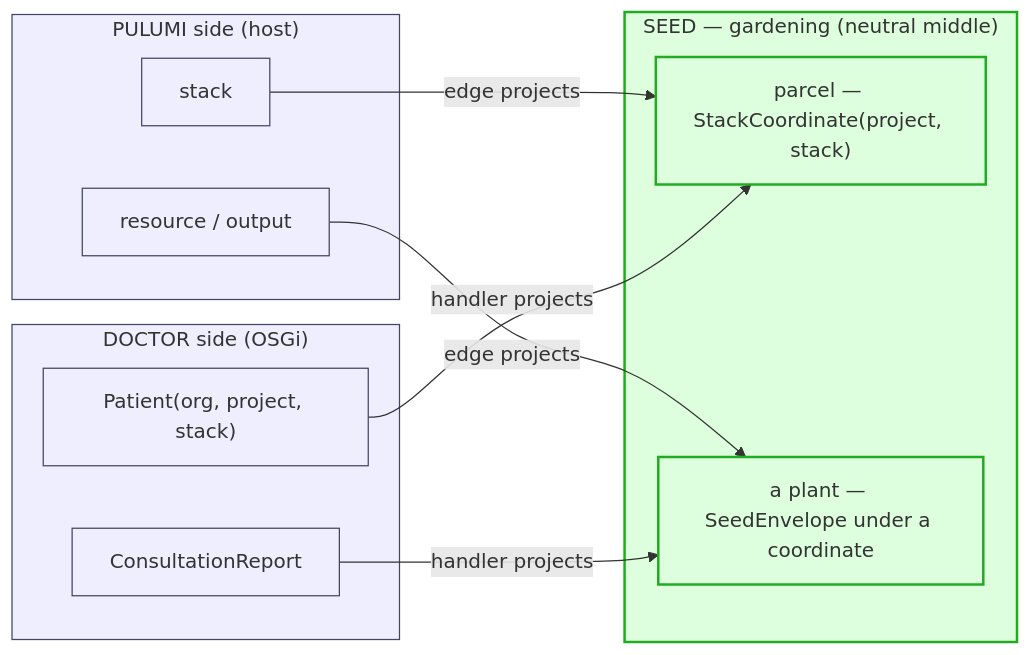
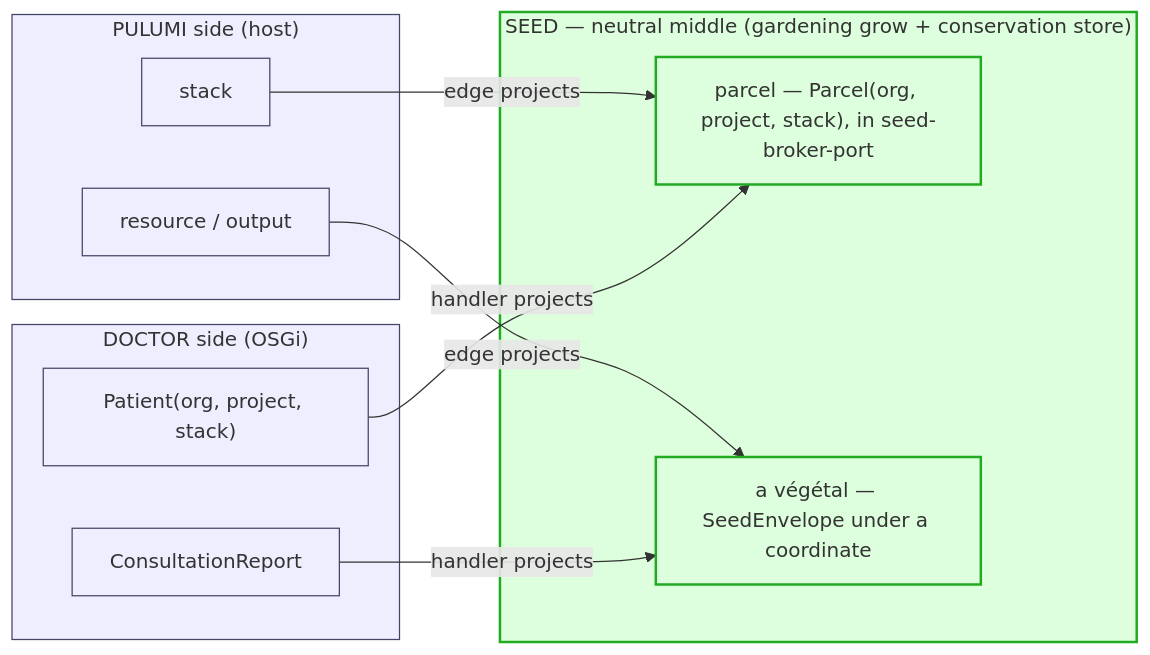
One commit to nxmatic/rke2lab changed the tenth of 12 diagrams in docs/architecture/osgi/seed-broker-spec.adoc. Above: the diagram before and after it, drawn with Mermaid. The commit also changed other lines of this file and 10 other files, not shown here.

```diff
--- a/docs/architecture/osgi/seed-broker-spec.adoc
+++ b/docs/architecture/osgi/seed-broker-spec.adoc
@@ -673,25 +674,25 @@
 [mermaid]
 ....
 flowchart LR
   subgraph pulumi["PULUMI side (host)"]
     p1["stack"]
     p3["resource / output"]
   end
-  subgraph seed["SEED — gardening (neutral middle)"]
-    s1["parcel — StackCoordinate(project, stack)"]
-    s3["a plant — SeedEnvelope under a coordinate"]
+  subgraph seed["SEED — neutral middle (gardening grow + conservation store)"]
+    s1["parcel — Parcel(org, project, stack), in seed-broker-port"]
+    s3["a végétal — SeedEnvelope under a coordinate"]
   end
   subgraph doctor["DOCTOR side (OSGi)"]
     d1["Patient(org, project, stack)"]
     d3["ConsultationReport"]
   end
   p1 -->|edge projects| s1
   p3 -->|edge projects| s3
   d1 -->|handler projects| s1
   d3 -->|handler projects| s3
 
   classDef mid fill:#dfd,stroke:#2a2,stroke-width:2px;
   classDef side fill:#eef,stroke:#446;
   class seed,s1,s3 mid;
   class pulumi,doctor,p1,p3,d1,d3 side;
 ....
```
